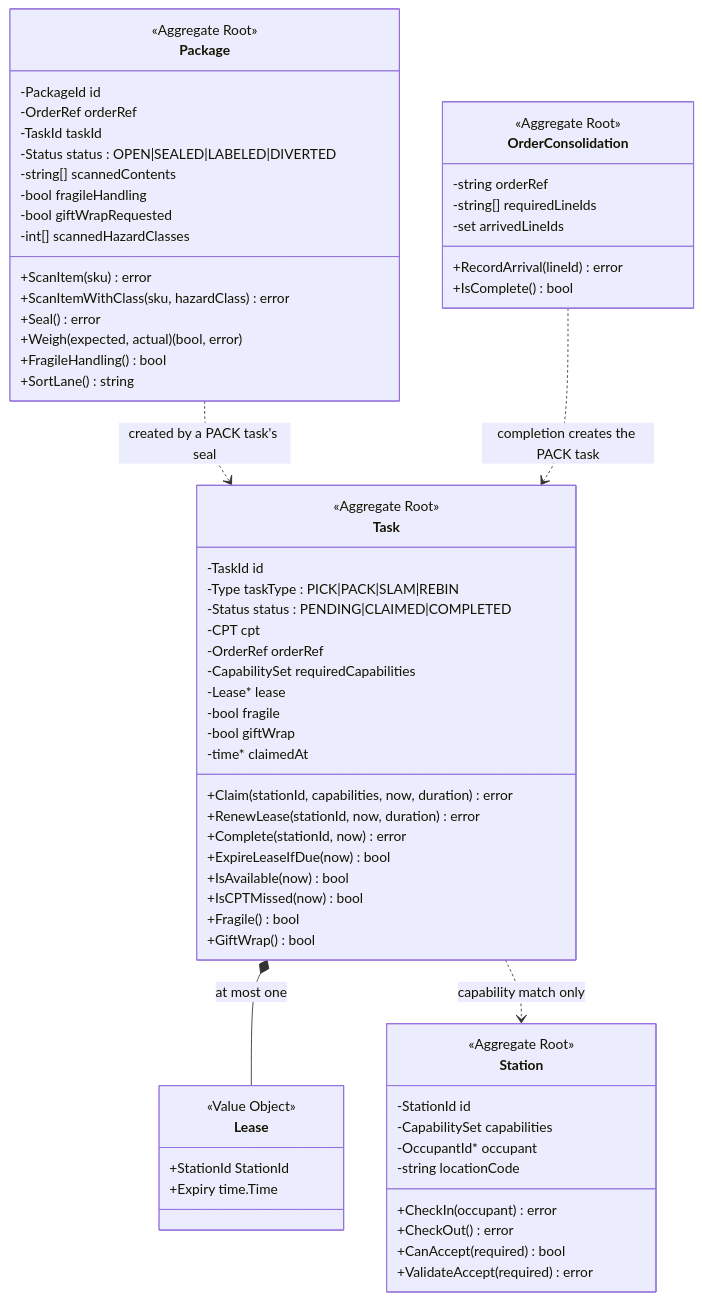
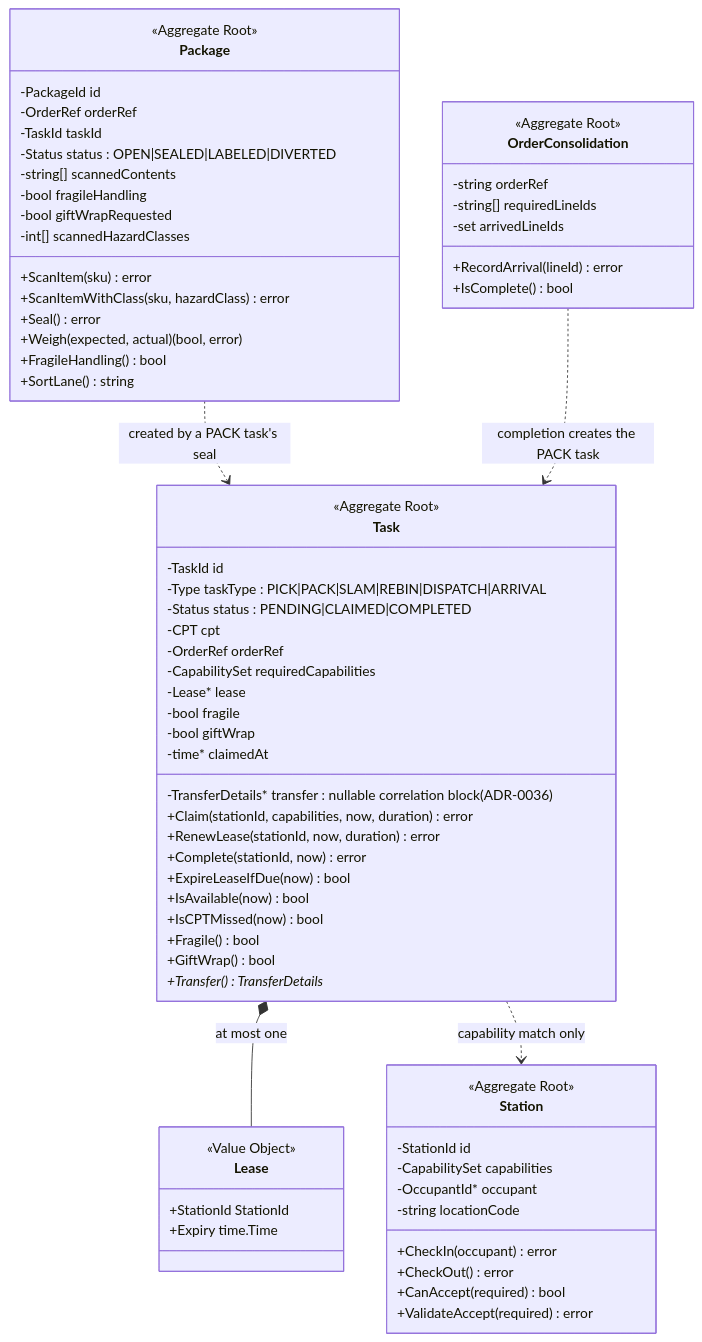
The diagram in docs/docs/ddd/aggregates-and-invariants.md (IQVO/fulfillment-execution), drawn with Mermaid before and after one commit. The commit also changed 54 other files, not shown here.

First line of the commit message:
feat(transfer): DISPATCH/ARRIVAL task types, transfer completion facts, atomic WorkReleased consumption (#162)

````diff
--- a/docs/docs/ddd/aggregates-and-invariants.md
+++ b/docs/docs/ddd/aggregates-and-invariants.md
@@ -18,69 +18,71 @@
 ```mermaid
 classDiagram
     class Task {
         <<Aggregate Root>>
         -TaskId id
-        -Type taskType : PICK|PACK|SLAM|REBIN
+        -Type taskType : PICK|PACK|SLAM|REBIN|DISPATCH|ARRIVAL
         -Status status : PENDING|CLAIMED|COMPLETED
         -CPT cpt
         -OrderRef orderRef
         -CapabilitySet requiredCapabilities
         -Lease* lease
         -bool fragile
         -bool giftWrap
         -time* claimedAt
+        -TransferDetails* transfer : nullable correlation block (ADR-0036)
         +Claim(stationId, capabilities, now, duration) error
         +RenewLease(stationId, now, duration) error
         +Complete(stationId, now) error
         +ExpireLeaseIfDue(now) bool
         +IsAvailable(now) bool
         +IsCPTMissed(now) bool
         +Fragile() bool
         +GiftWrap() bool
+        +Transfer() TransferDetails*
     }
     class Lease {
         <<Value Object>>
         +StationId StationId
         +Expiry time.Time
     }
     class Station {
         <<Aggregate Root>>
         -StationId id
         -CapabilitySet capabilities
         -OccupantId* occupant
         -string locationCode
         +CheckIn(occupant) error
         +CheckOut() error
         +CanAccept(required) bool
         +ValidateAccept(required) error
     }
     class Package {
         <<Aggregate Root>>
         -PackageId id
         -OrderRef orderRef
         -TaskId taskId
         -Status status : OPEN|SEALED|LABELED|DIVERTED
         -string[] scannedContents
         -bool fragileHandling
         -bool giftWrapRequested
         -int[] scannedHazardClasses
         +ScanItem(sku) error
         +ScanItemWithClass(sku, hazardClass) error
         +Seal() error
         +Weigh(expected, actual) (bool, error)
         +FragileHandling() bool
         +SortLane() string
     }
     class OrderConsolidation {
         <<Aggregate Root>>
         -string orderRef
         -string[] requiredLineIds
         -set arrivedLineIds
         +RecordArrival(lineId) error
         +IsComplete() bool
     }
     Task *-- Lease : at most one
     Task ..> Station : capability match only
     Package ..> Task : created by a PACK task's seal
     OrderConsolidation ..> Task : completion creates the PACK task
 ```
````
